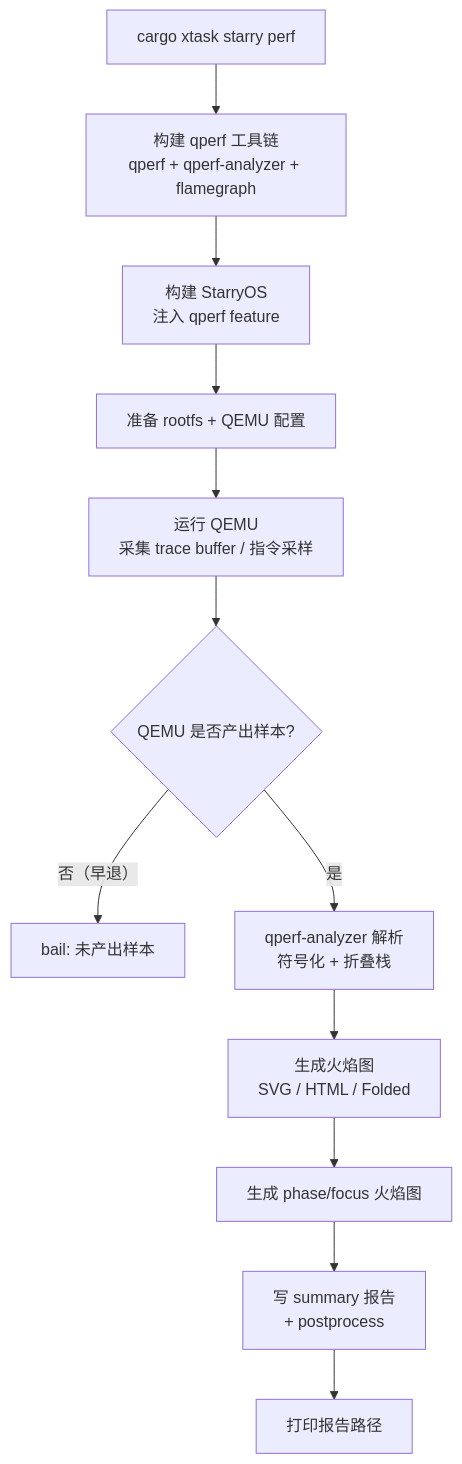
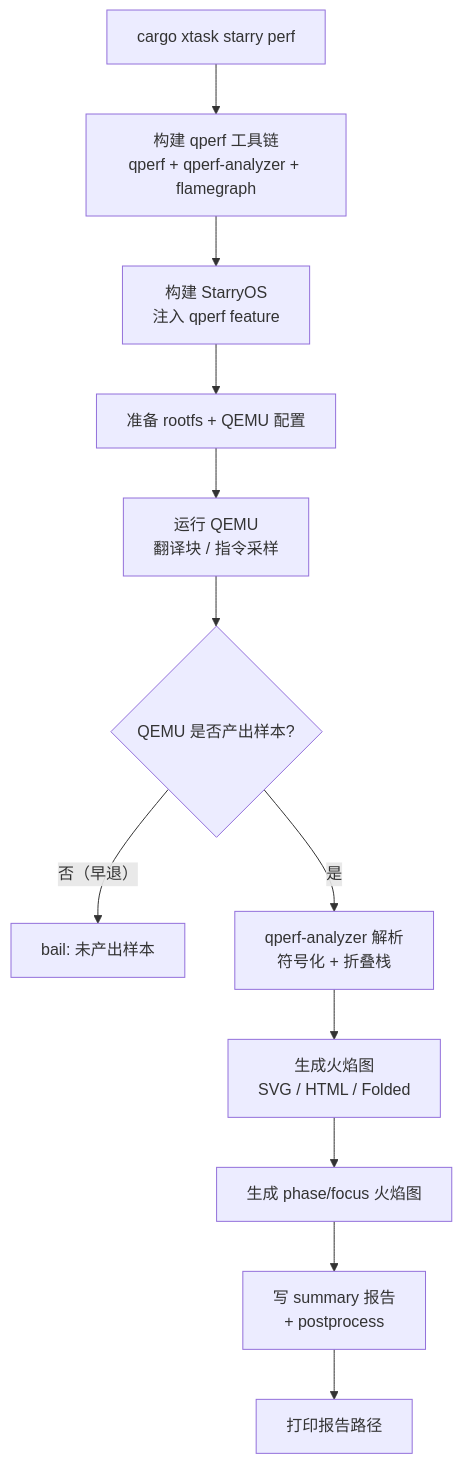
Before and after one commit to rcore-os/tgoskits: the diagram in docs/docs/build/starry/perf.md, drawn with Mermaid. The commit also changed other lines of this file and 21 other files, not shown here.

````diff
--- a/docs/docs/build/starry/perf.md
+++ b/docs/docs/build/starry/perf.md
@@ -24,14 +27,14 @@
 ```mermaid
 flowchart TD
     A["cargo xtask starry perf"] --> B["构建 qperf 工具链<br/>qperf + qperf-analyzer + flamegraph"]
     B --> C["构建 StarryOS<br/>注入 qperf feature"]
     C --> D["准备 rootfs + QEMU 配置"]
-    D --> E["运行 QEMU<br/>采集 trace buffer / 指令采样"]
+    D --> E["运行 QEMU<br/>翻译块 / 指令采样"]
     E --> F{"QEMU 是否产出样本?"}
     F -->|"否（早退）"| ERR["bail: 未产出样本"]
     F -->|"是"| G["qperf-analyzer 解析<br/>符号化 + 折叠栈"]
     G --> H["生成火焰图<br/>SVG / HTML / Folded"]
     H --> I["生成 phase/focus 火焰图"]
     I --> J["写 summary 报告<br/>+ postprocess"]
     J --> K["打印报告路径"]
 ```
````
